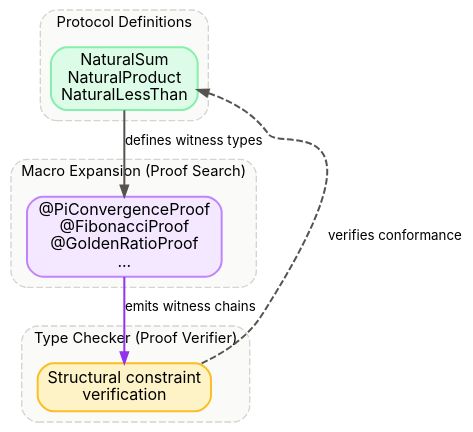
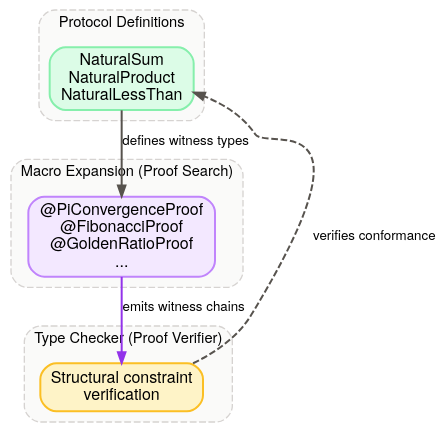
One commit to jakebromberg/misuse-of-notation changed the diagram in tutorial/diagrams/macro-architecture.dot. Above: the diagram before and after it, drawn with Graphviz. The commit also changed 11 other files, not shown here.

```diff
--- a/tutorial/diagrams/macro-architecture.dot
+++ b/tutorial/diagrams/macro-architecture.dot
@@ -1,64 +1,64 @@
 // Three-layer architecture: protocols, macros, type checker
 digraph macro_architecture {
   bgcolor="transparent";
   rankdir=TB;
   node [
-    fontname="Inter"
+    fontname="Helvetica Neue"
     fontsize=12
     shape=box
     style="rounded,filled"
     penwidth=1.5
   ];
   edge [
-    fontname="Inter"
+    fontname="Helvetica Neue"
     fontsize=10
     penwidth=1.5
     arrowsize=0.8
   ];
 
   subgraph cluster_protocols {
     label="Protocol Definitions";
-    fontname="Inter";
+    fontname="Helvetica Neue";
     fontsize=11;
     style="rounded,dashed";
     color="#d6d3d1";
     bgcolor="#fafaf9";
     protocols [
       label="NaturalSum\nNaturalProduct\nNaturalLessThan"
       fillcolor="#dcfce7"
       color="#86efac"
     ];
   }
 
   subgraph cluster_macro {
     label="Macro Expansion (Proof Search)";
-    fontname="Inter";
+    fontname="Helvetica Neue";
     fontsize=11;
     style="rounded,dashed";
     color="#d6d3d1";
     bgcolor="#fafaf9";
     macro [
       label="@PiConvergenceProof\n@FibonacciProof\n@GoldenRatioProof\n..."
       fillcolor="#f3e8ff"
       color="#c084fc"
     ];
   }
 
   subgraph cluster_checker {
     label="Type Checker (Proof Verifier)";
-    fontname="Inter";
+    fontname="Helvetica Neue";
     fontsize=11;
     style="rounded,dashed";
     color="#d6d3d1";
     bgcolor="#fafaf9";
     checker [
       label="Structural constraint\nverification"
       fillcolor="#fef3c7"
       color="#fbbf24"
     ];
   }
 
   protocols -> macro [label="defines witness types" color="#57534e"];
   macro -> checker [label="emits witness chains" color="#9333ea"];
   checker -> protocols [label="verifies conformance" color="#57534e" style=dashed constraint=false];
 }
```
